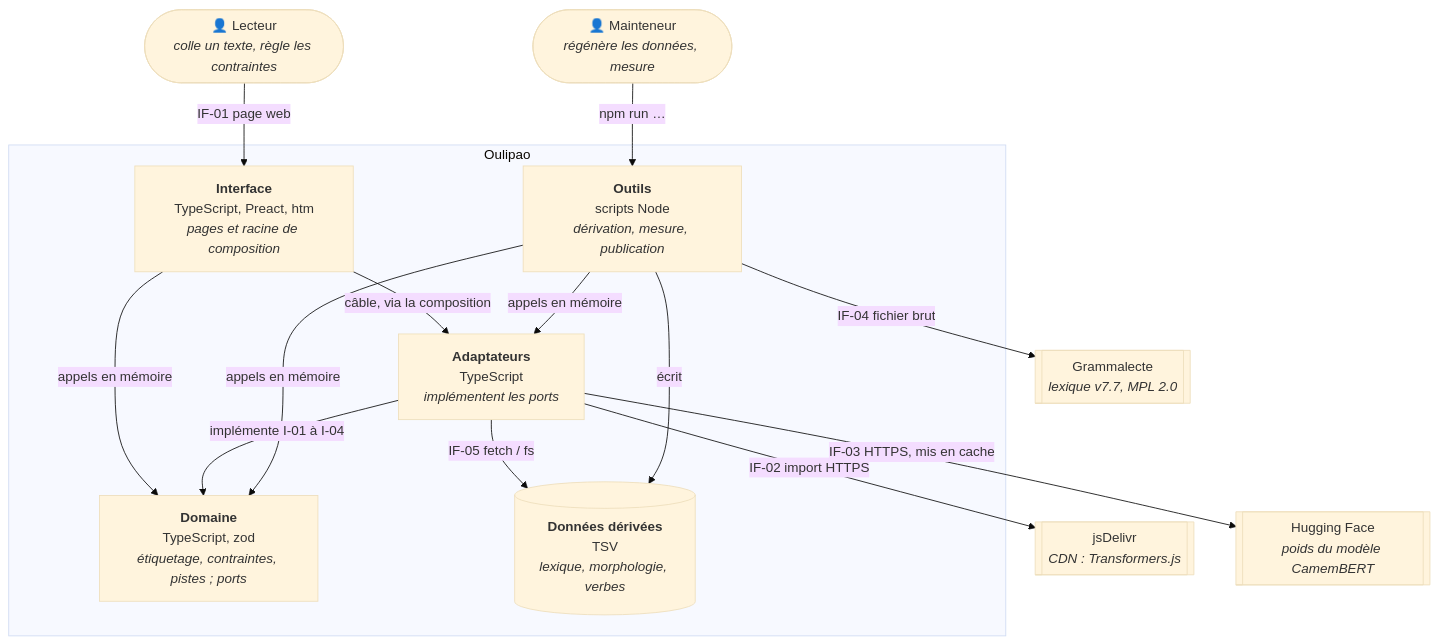
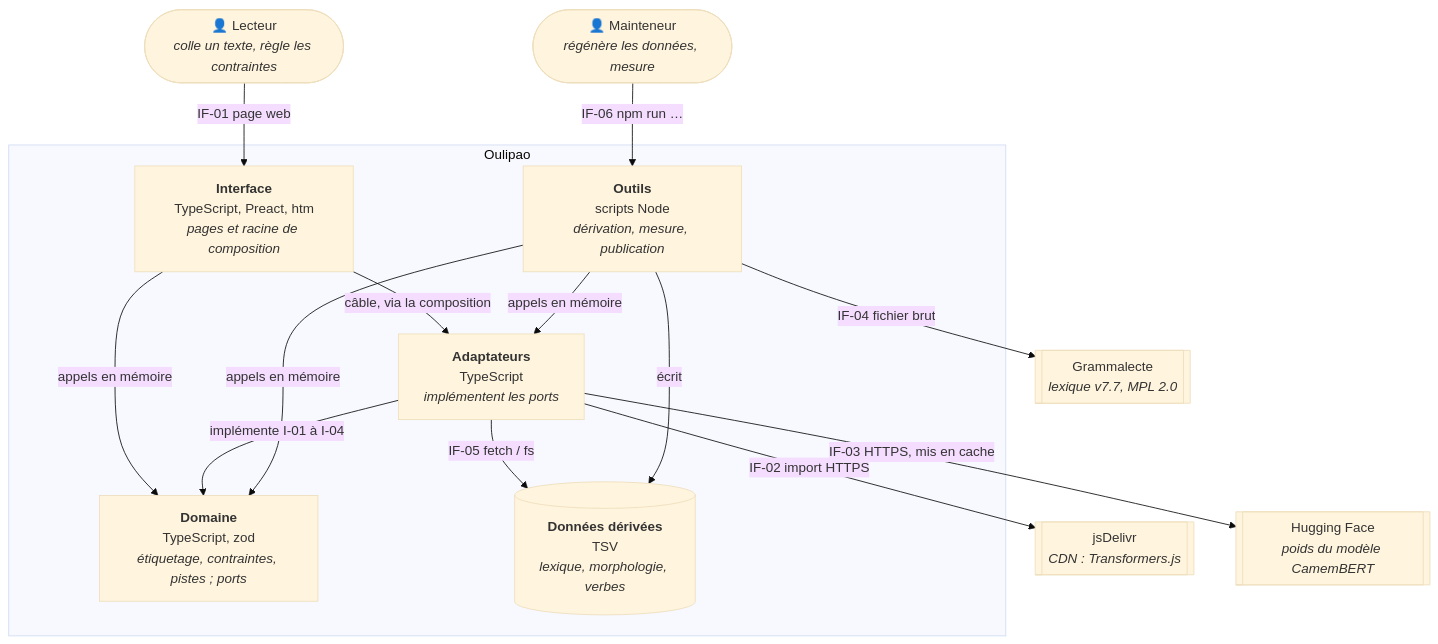
Before and after one commit to constructions-incongrues/oulipao: the diagram in docs/arc42/05-vue-des-briques.md, drawn with Mermaid (base theme). The commit also changed other lines of this file and 2 other files, not shown here.

First line of the commit message:
Documentation d'architecture arc42 : section 3, contexte et périmètre

````diff
--- a/docs/arc42/05-vue-des-briques.md
+++ b/docs/arc42/05-vue-des-briques.md
@@ -30,29 +30,29 @@
 ```mermaid
 flowchart TB
     lecteur(["👤 Lecteur<br/><i>colle un texte, règle les contraintes</i>"])
     mainteneur(["👤 Mainteneur<br/><i>régénère les données, mesure</i>"])
     jsdelivr[["jsDelivr<br/><i>CDN : Transformers.js</i>"]]
     hf[["Hugging Face<br/><i>poids du modèle CamemBERT</i>"]]
     grammalecte[["Grammalecte<br/><i>lexique v7.7, MPL 2.0</i>"]]
 
     subgraph oulipao["Oulipao"]
         ui["<b>Interface</b><br/>TypeScript, Preact, htm<br/><i>pages et racine de composition</i>"]
         domaine["<b>Domaine</b><br/>TypeScript, zod<br/><i>étiquetage, contraintes, pistes ; ports</i>"]
         adaptateurs["<b>Adaptateurs</b><br/>TypeScript<br/><i>implémentent les ports</i>"]
         donnees[("<b>Données dérivées</b><br/>TSV<br/><i>lexique, morphologie, verbes</i>")]
         outils["<b>Outils</b><br/>scripts Node<br/><i>dérivation, mesure, publication</i>"]
     end
 
     lecteur -- "IF-01 page web" --> ui
     ui -- "appels en mémoire" --> domaine
     ui -- "câble, via la composition" --> adaptateurs
     adaptateurs -- "implémente I-01 à I-04" --> domaine
     adaptateurs -- "IF-05 fetch / fs" --> donnees
     adaptateurs -- "IF-02 import HTTPS" --> jsdelivr
     adaptateurs -- "IF-03 HTTPS, mis en cache" --> hf
-    mainteneur -- "npm run …" --> outils
+    mainteneur -- "IF-06 npm run …" --> outils
     outils -- "appels en mémoire" --> adaptateurs
     outils -- "appels en mémoire" --> domaine
     outils -- "écrit" --> donnees
     outils -- "IF-04 fichier brut" --> grammalecte
 ```
````
